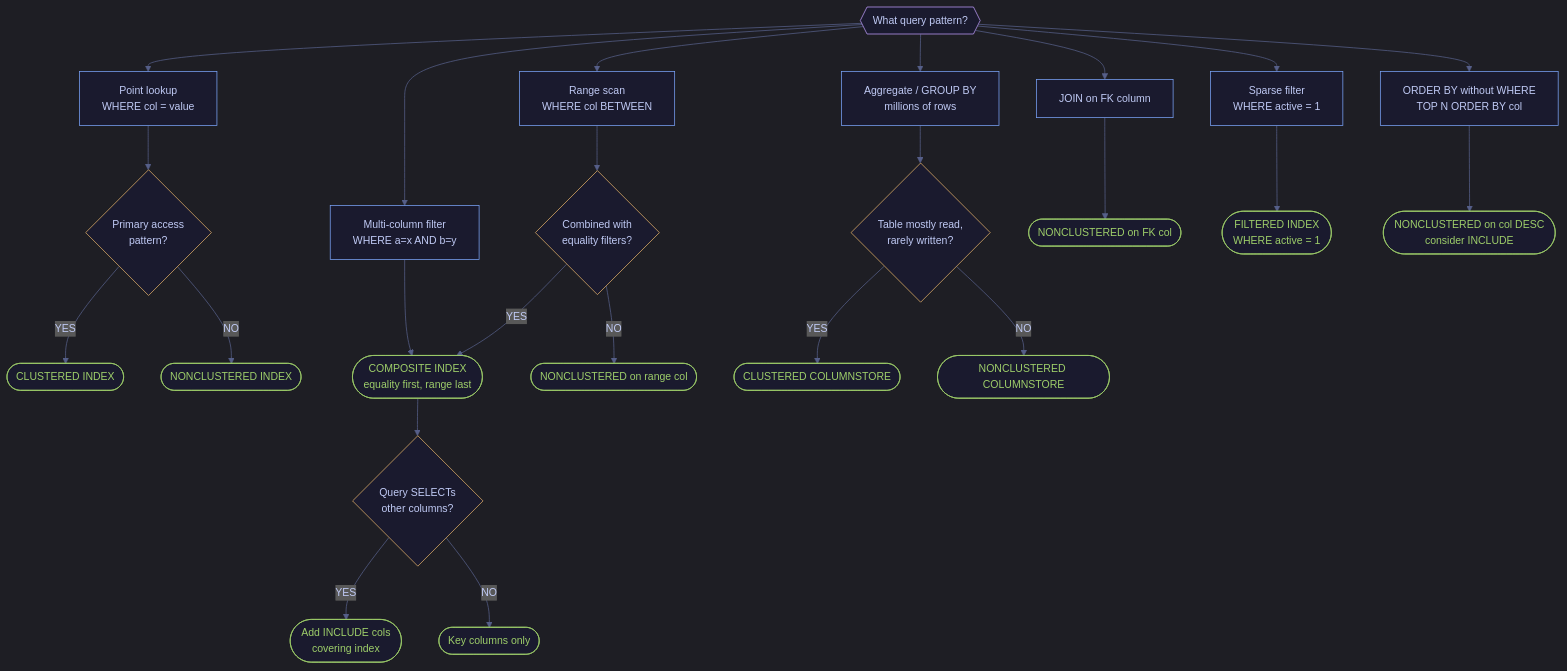
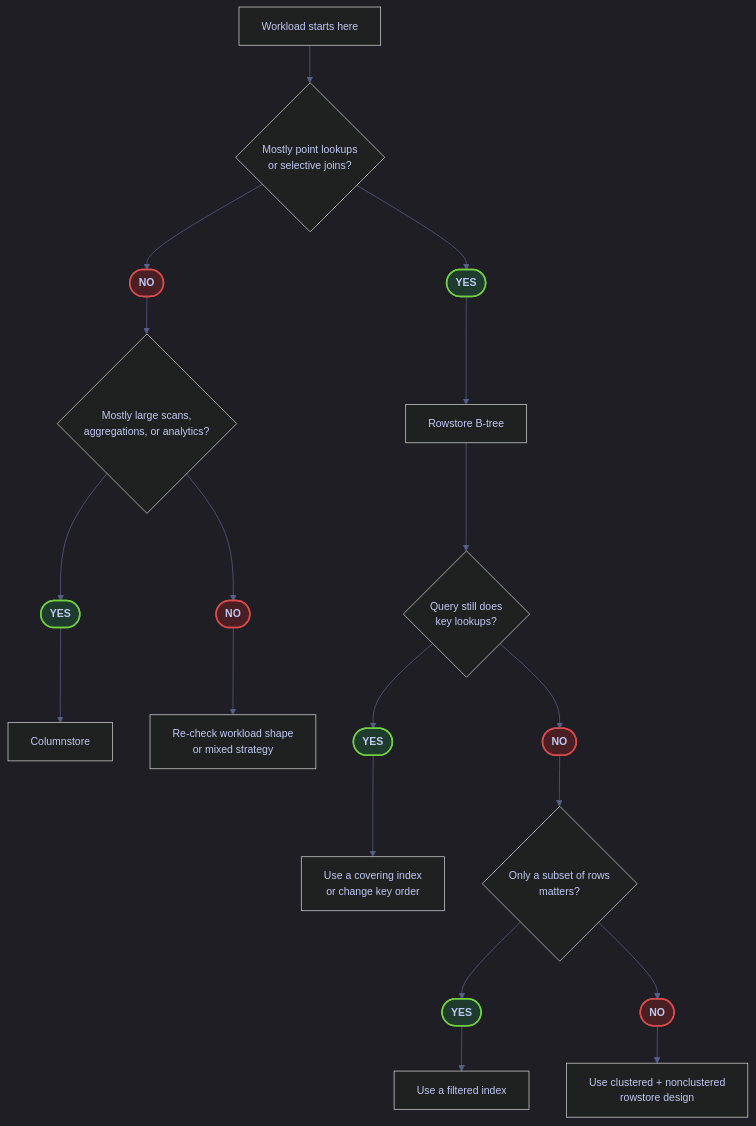
Before and after one commit to alp78/elysium: the diagram in content/04-SQL-Server/Storage-and-Indexes/index-types-and-strategy.md, drawn with Mermaid. The commit also changed other lines of this file and 35 other files, not shown here.

````diff
--- a/content/04-SQL-Server/Storage-and-Indexes/index-types-and-strategy.md
+++ b/content/04-SQL-Server/Storage-and-Indexes/index-types-and-strategy.md
@@ -867,82 +53,27 @@
   'fontSize': '14px'
 }}}%%
 flowchart TD
-    START{{"What query pattern?"}}
-    POINT["Point lookup<br/>WHERE col = value"]
-    RANGE["Range scan<br/>WHERE col BETWEEN"]
-    MULTI["Multi-column filter<br/>WHERE a=x AND b=y"]
-    AGG["Aggregate / GROUP BY<br/>millions of rows"]
-    JOIN_FK["JOIN on FK column"]
-    SPARSE["Sparse filter<br/>WHERE active = 1"]
-    ORDERBY["ORDER BY without WHERE<br/>TOP N ORDER BY col"]
+    A["Workload starts here"] --> B{"Mostly point lookups<br/>or selective joins?"}
+    B --> Y1([YES])
+    Y1 --> C["Rowstore B-tree"]
+    B --> N1([NO])
+    N1 --> D{"Mostly large scans,<br/>aggregations, or analytics?"}
+    D --> Y2([YES])
+    Y2 --> E["Columnstore"]
+    D --> N2([NO])
+    N2 --> F["Re-check workload shape<br/>or mixed strategy"]
+    C --> G{"Query still does<br/>key lookups?"}
+    G --> Y3([YES])
+    Y3 --> H["Use a covering index<br/>or change key order"]
+    G --> N3([NO])
+    N3 --> I{"Only a subset of rows<br/>matters?"}
+    I --> Y4([YES])
+    Y4 --> J["Use a filtered index"]
+    I --> N4([NO])
+    N4 --> K["Use clustered + nonclustered<br/>rowstore design"]
 
-    POINT_Q{"Primary access<br/>pattern?"}
-    RANGE_Q{"Combined with<br/>equality filters?"}
-    MULTI_Q{"Query SELECTs<br/>other columns?"}
-    AGG_Q{"Table mostly read,<br/>rarely written?"}
-
-    CI(["CLUSTERED INDEX"])
-    NCI(["NONCLUSTERED INDEX"])
-    COMP(["COMPOSITE INDEX<br/>equality first, range last"])
-    NCI_RANGE(["NONCLUSTERED on range col"])
-    COVER(["Add INCLUDE cols<br/>covering index"])
-    KEYS(["Key columns only"])
-    CCI(["CLUSTERED COLUMNSTORE"])
-    NCCI(["NONCLUSTERED COLUMNSTORE"])
-    FK_NCI(["NONCLUSTERED on FK col"])
-    FILT(["FILTERED INDEX<br/>WHERE active = 1"])
-    ORD(["NONCLUSTERED on col DESC<br/>consider INCLUDE"])
-
-    START --> POINT
-    START --> RANGE
-    START --> MULTI
-    START --> AGG
-    START --> JOIN_FK
-    START --> SPARSE
-    START --> ORDERBY
-
-    POINT --> POINT_Q
-    POINT_Q -- YES --> CI
-    POINT_Q -- NO --> NCI
-
-    RANGE --> RANGE_Q
-    RANGE_Q -- YES --> COMP
-    RANGE_Q -- NO --> NCI_RANGE
-
-    MULTI --> COMP
-    COMP --> MULTI_Q
-    MULTI_Q -- YES --> COVER
-    MULTI_Q -- NO --> KEYS
-
-    AGG --> AGG_Q
-    AGG_Q -- YES --> CCI
-    AGG_Q -- NO --> NCCI
-
-    JOIN_FK --> FK_NCI
-    SPARSE --> FILT
-    ORDERBY --> ORD
-
-    style START fill:#1a1a2e,stroke:#bb9af7,color:#c0caf5
-    style POINT fill:#1a1a2e,stroke:#7aa2f7,color:#c0caf5
-    style RANGE fill:#1a1a2e,stroke:#7aa2f7,color:#c0caf5
-    style MULTI fill:#1a1a2e,stroke:#7aa2f7,color:#c0caf5
-    style AGG fill:#1a1a2e,stroke:#7aa2f7,color:#c0caf5
-    style JOIN_FK fill:#1a1a2e,stroke:#7aa2f7,color:#c0caf5
-    style SPARSE fill:#1a1a2e,stroke:#7aa2f7,color:#c0caf5
-    style ORDERBY fill:#1a1a2e,stroke:#7aa2f7,color:#c0caf5
-    style POINT_Q fill:#1a1a2e,stroke:#e0af68,color:#c0caf5
-    style RANGE_Q fill:#1a1a2e,stroke:#e0af68,color:#c0caf5
-    style MULTI_Q fill:#1a1a2e,stroke:#e0af68,color:#c0caf5
-    style AGG_Q fill:#1a1a2e,stroke:#e0af68,color:#c0caf5
-    style CI fill:#1a1a2e,stroke:#9ece6a,color:#9ece6a
-    style NCI fill:#1a1a2e,stroke:#9ece6a,color:#9ece6a
-    style COMP fill:#1a1a2e,stroke:#9ece6a,color:#9ece6a
-    style NCI_RANGE fill:#1a1a2e,stroke:#9ece6a,color:#9ece6a
-    style COVER fill:#1a1a2e,stroke:#9ece6a,color:#9ece6a
-    style KEYS fill:#1a1a2e,stroke:#9ece6a,color:#9ece6a
-    style CCI fill:#1a1a2e,stroke:#9ece6a,color:#9ece6a
-    style NCCI fill:#1a1a2e,stroke:#9ece6a,color:#9ece6a
-    style FK_NCI fill:#1a1a2e,stroke:#9ece6a,color:#9ece6a
-    style FILT fill:#1a1a2e,stroke:#9ece6a,color:#9ece6a
-    style ORD fill:#1a1a2e,stroke:#9ece6a,color:#9ece6a
+    classDef yesNode fill:#1f3b2d,stroke:#73d13d,stroke-width:2px,color:#c0caf5,font-weight:bold;
+    classDef noNode fill:#4a1f24,stroke:#db4b4b,stroke-width:2px,color:#c0caf5,font-weight:bold;
+    class Y1,Y2,Y3,Y4 yesNode;
+    class N1,N2,N3,N4 noNode;
 ```
````
